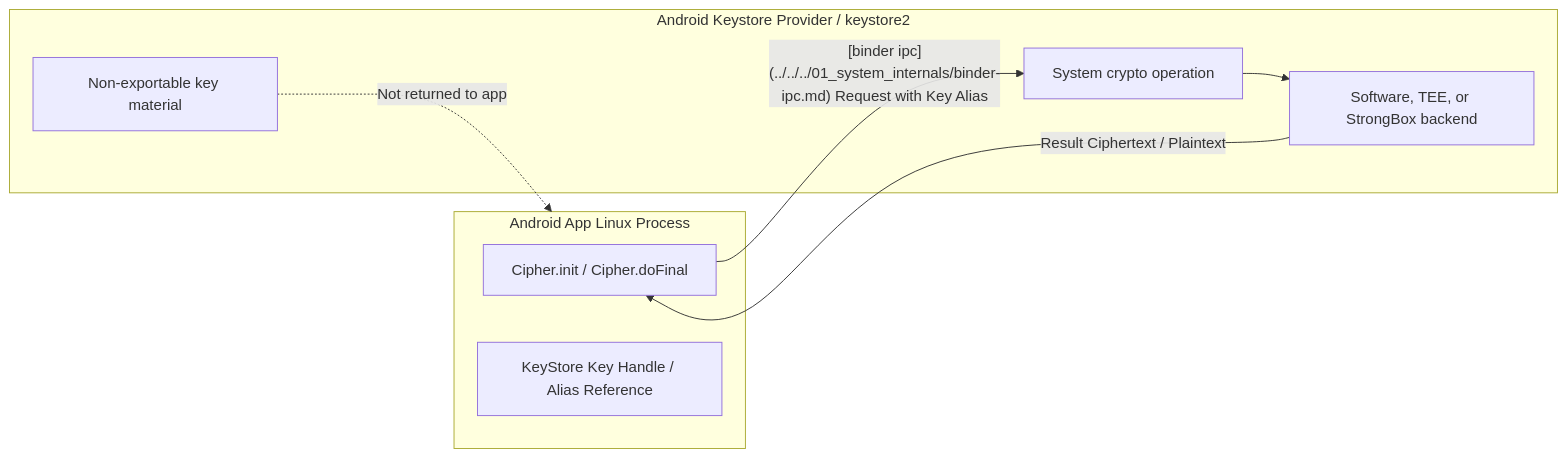
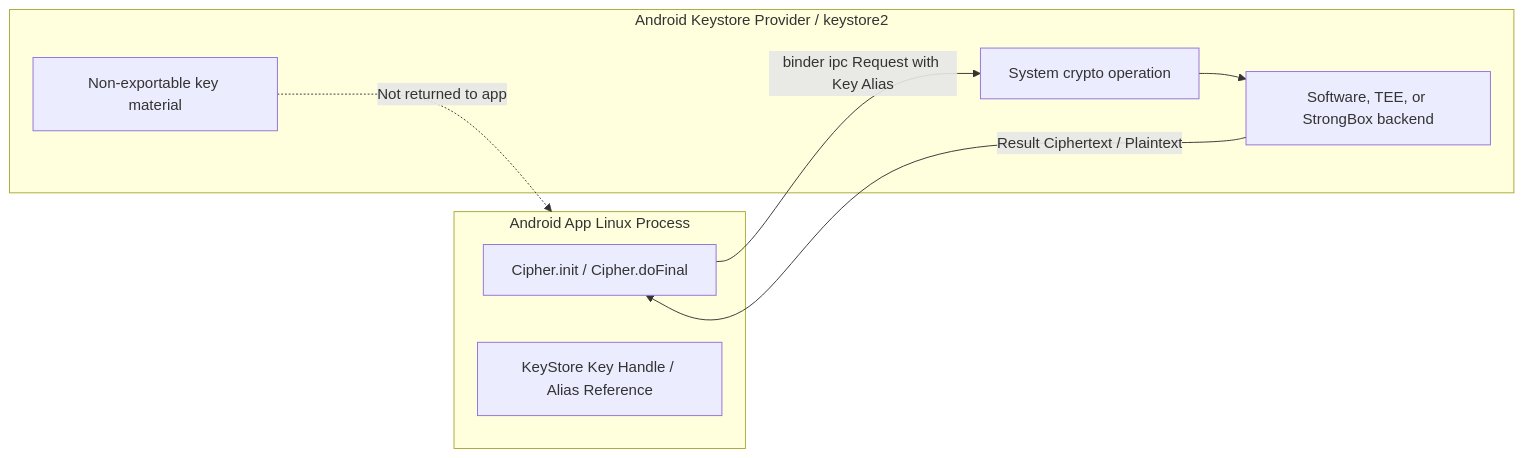
The diagram in 01_inbox/mobile/android/05_security_privacy/secure-storage/secure-storage-contracts/android-keystore-protects-keys-by-non-exportability.md (youngmin-gwon/what-i-studied), drawn with Mermaid before and after one commit. The commit also changed 68 other files, not shown here.

````diff
--- a/01_inbox/mobile/android/05_security_privacy/secure-storage/secure-storage-contracts/android-keystore-protects-keys-by-non-exportability.md
+++ b/01_inbox/mobile/android/05_security_privacy/secure-storage/secure-storage-contracts/android-keystore-protects-keys-by-non-exportability.md
@@ -13,18 +13,18 @@
 ```mermaid
 flowchart LR
     subgraph AppProcess [Android App Linux Process]
         AppCode[Cipher.init / Cipher.doFinal]
         KeyRef[KeyStore Key Handle / Alias Reference]
     end
 
     subgraph SystemBoundary [Android Keystore Provider / keystore2]
         KeystoreDaemon[System crypto operation]
         KeyMaterial[Non-exportable key material]
         CryptoEngine[Software, TEE, or StrongBox backend]
     end
 
-    AppCode -->|"[binder ipc](../../../01_system_internals/binder-ipc.md) Request with Key Alias"| KeystoreDaemon
+    AppCode -->|"binder ipc Request with Key Alias"| KeystoreDaemon
     KeystoreDaemon --> CryptoEngine
     KeyMaterial -. Not returned to app .-> AppProcess
     CryptoEngine -->|"Result Ciphertext / Plaintext"| AppCode
 ```
````
